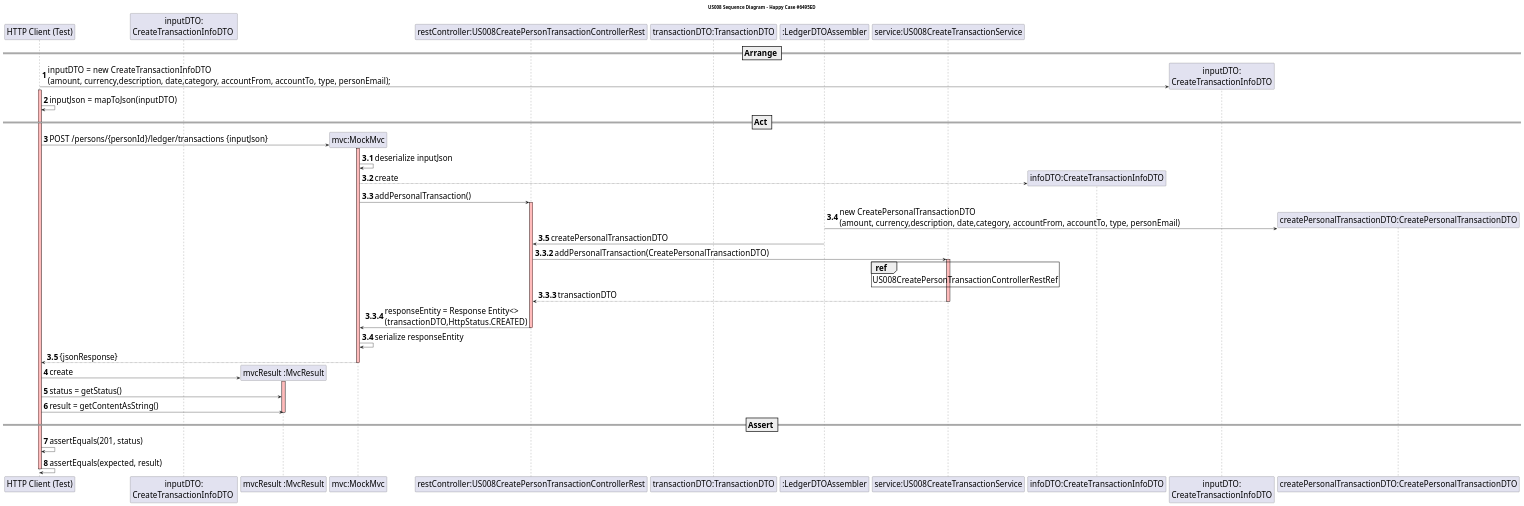
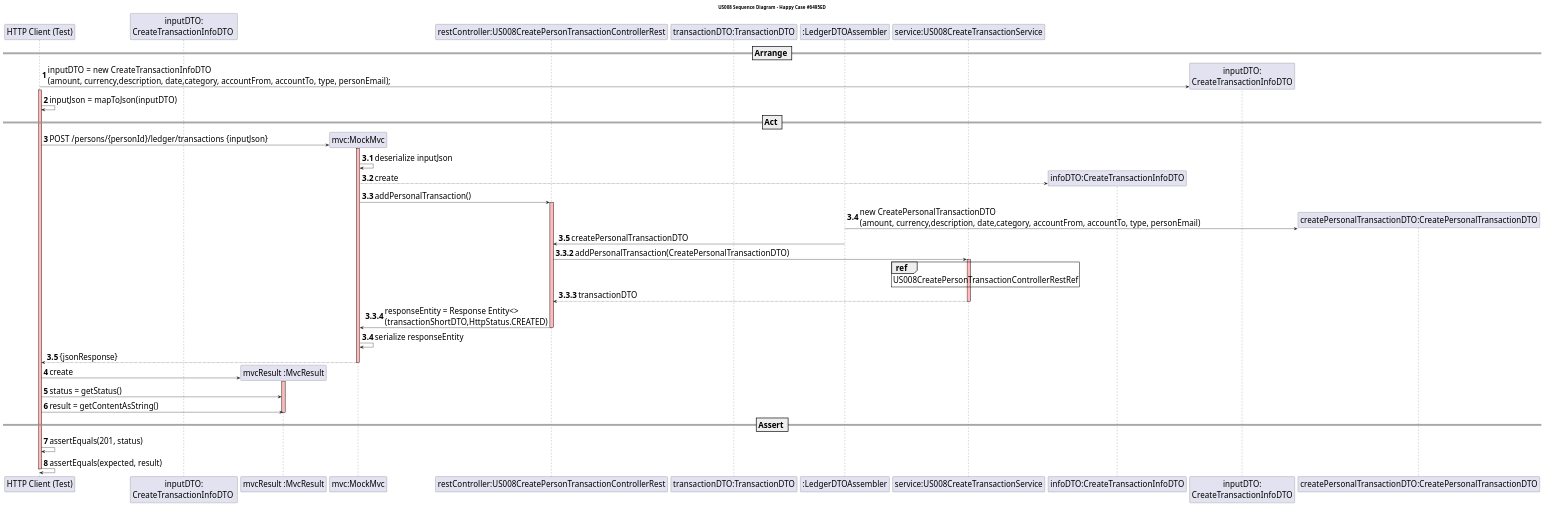
Before and after one commit to mleitaoribeiro/DevOpsMaven: the diagram in src/main/java/switch2019/project/controllerLayer/rest/US008CreatePersonTransactionControllerRest_P1.puml, drawn with PlantUML. The commit also changed 3 other files, not shown here.

```diff
--- a/src/main/java/switch2019/project/controllerLayer/rest/US008CreatePersonTransactionControllerRest_P1.puml
+++ b/src/main/java/switch2019/project/controllerLayer/rest/US008CreatePersonTransactionControllerRest_P1.puml
@@ -1,80 +1,80 @@
 @startuml
 skinparam DefaultFontSize 25
 
 title US008 Sequence Diagram - Happy Case  #6495ED
 
 participant "HTTP Client (Test)"
 participant "inputDTO:\nCreateTransactionInfoDTO "
 participant "mvcResult :MvcResult"
 participant "mvc:MockMvc"
 participant "restController:US008CreatePersonTransactionControllerRest"
 participant "transactionDTO:TransactionDTO"
 participant ":LedgerDTOAssembler"
 participant "service:US008CreateTransactionService"
 participant "infoDTO:CreateTransactionInfoDTO"
 
 == Arrange ==
 autonumber
 
 create "inputDTO:\nCreateTransactionInfoDTO"
 "HTTP Client (Test)" -> "inputDTO:\nCreateTransactionInfoDTO": inputDTO = new CreateTransactionInfoDTO\n(amount, currency,description, date,category, accountFrom, accountTo, type, personEmail);
 activate "HTTP Client (Test)" #FFBBBB
 "HTTP Client (Test)" -> "HTTP Client (Test)": inputJson = mapToJson(inputDTO)
 
 == Act ==
 
 create "mvc:MockMvc"
 "HTTP Client (Test)" -> "mvc:MockMvc" :POST /persons/{personId}/ledger/transactions {inputJson}
 activate "mvc:MockMvc"  #FFBBBB
 
 autonumber 3.1
 "mvc:MockMvc" -> "mvc:MockMvc" :  deserialize inputJson
 
 create "infoDTO:CreateTransactionInfoDTO"
 "mvc:MockMvc"-->"infoDTO:CreateTransactionInfoDTO": create
 
 "mvc:MockMvc"-> "restController:US008CreatePersonTransactionControllerRest": addPersonalTransaction()
 activate "restController:US008CreatePersonTransactionControllerRest" #FFBBBB
 
 
 create "createPersonalTransactionDTO:CreatePersonalTransactionDTO"
 ":LedgerDTOAssembler" -> "createPersonalTransactionDTO:CreatePersonalTransactionDTO": new CreatePersonalTransactionDTO\n(amount, currency,description, date,category, accountFrom, accountTo, type, personEmail)
 
 ":LedgerDTOAssembler" -> "restController:US008CreatePersonTransactionControllerRest" : createPersonalTransactionDTO
 
 deactivate ":LedgerDTOAssembler"
 
 autonumber 3.3.2
 "restController:US008CreatePersonTransactionControllerRest"->"service:US008CreateTransactionService": addPersonalTransaction(CreatePersonalTransactionDTO)
 activate "service:US008CreateTransactionService" #FFBBBB
 
 ref over "service:US008CreateTransactionService" : US008CreatePersonTransactionControllerRestRef
 
 "service:US008CreateTransactionService" --> "restController:US008CreatePersonTransactionControllerRest" : transactionDTO
 deactivate "service:US008CreateTransactionService"
 
 
-"restController:US008CreatePersonTransactionControllerRest" -> "mvc:MockMvc": responseEntity = Response Entity<>\n(transactionDTO,HttpStatus.CREATED)
+"restController:US008CreatePersonTransactionControllerRest" -> "mvc:MockMvc": responseEntity = Response Entity<>\n(transactionShortDTO,HttpStatus.CREATED)
 deactivate "restController:US008CreatePersonTransactionControllerRest"
 
 autonumber 3.4
 "mvc:MockMvc" -> "mvc:MockMvc" : serialize responseEntity
 "mvc:MockMvc" --> "HTTP Client (Test)" : {jsonResponse}
 deactivate "mvc:MockMvc"
 
 autonumber 4
 create "mvcResult :MvcResult"
 "HTTP Client (Test)" -> "mvcResult :MvcResult" : create
 activate "mvcResult :MvcResult" #FFBBBB
 
 "HTTP Client (Test)" -> "mvcResult :MvcResult" : status = getStatus()
 "HTTP Client (Test)" -> "mvcResult :MvcResult" : result = getContentAsString()
 deactivate "mvcResult :MvcResult" #FFBBBB
 
 == Assert ==
 
 "HTTP Client (Test)" -> "HTTP Client (Test)" : assertEquals(201, status)
 "HTTP Client (Test)" -> "HTTP Client (Test)" : assertEquals(expected, result)
 deactivate "HTTP Client (Test)" #FFBBBB
 
 @enduml
```
